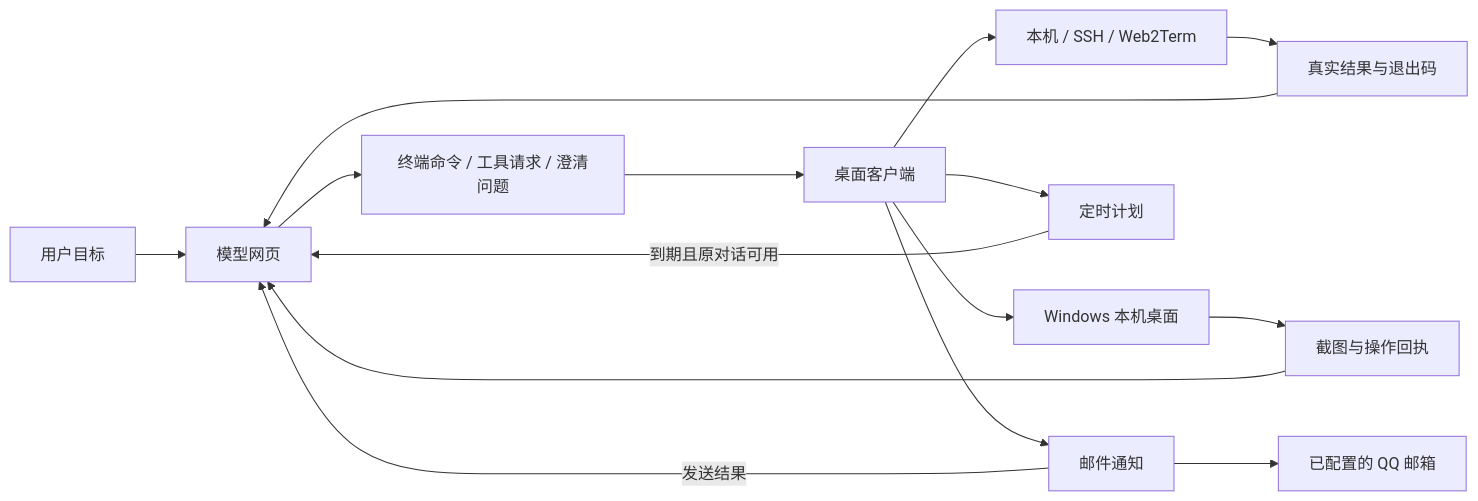
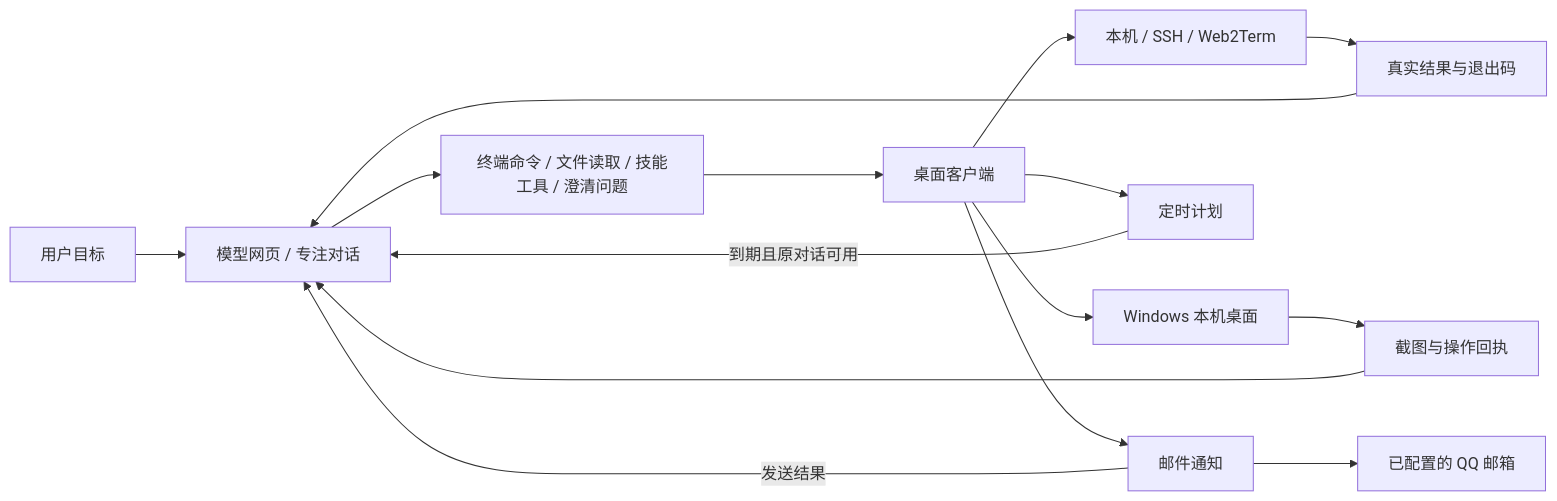
Before and after one commit to naledao/Web2Term: the first of 2 diagrams in README.md, drawn with Mermaid. The commit also changed other lines of this file and 5 other files, not shown here.

````diff
--- a/README.md
+++ b/README.md
@@ -46,17 +46,17 @@
 ```mermaid
 flowchart LR
-  U[用户目标] --> M[模型网页]
-  M --> R[终端命令 / 工具请求 / 澄清问题]
+  U[用户目标] --> M[模型网页 / 专注对话]
+  M --> R[终端命令 / 文件读取 / 技能工具 / 澄清问题]
   R --> C[桌面客户端]
   C --> T[本机 / SSH / Web2Term]
   T --> O[真实结果与退出码]
   O --> M
   C --> D[Windows 本机桌面]
   D --> S[截图与操作回执]
   S --> M
   C --> P[定时计划]
   P -->|到期且原对话可用| M
   C --> E[邮件通知]
   E --> Q[已配置的 QQ 邮箱]
   E -->|发送结果| M
 ```
````
